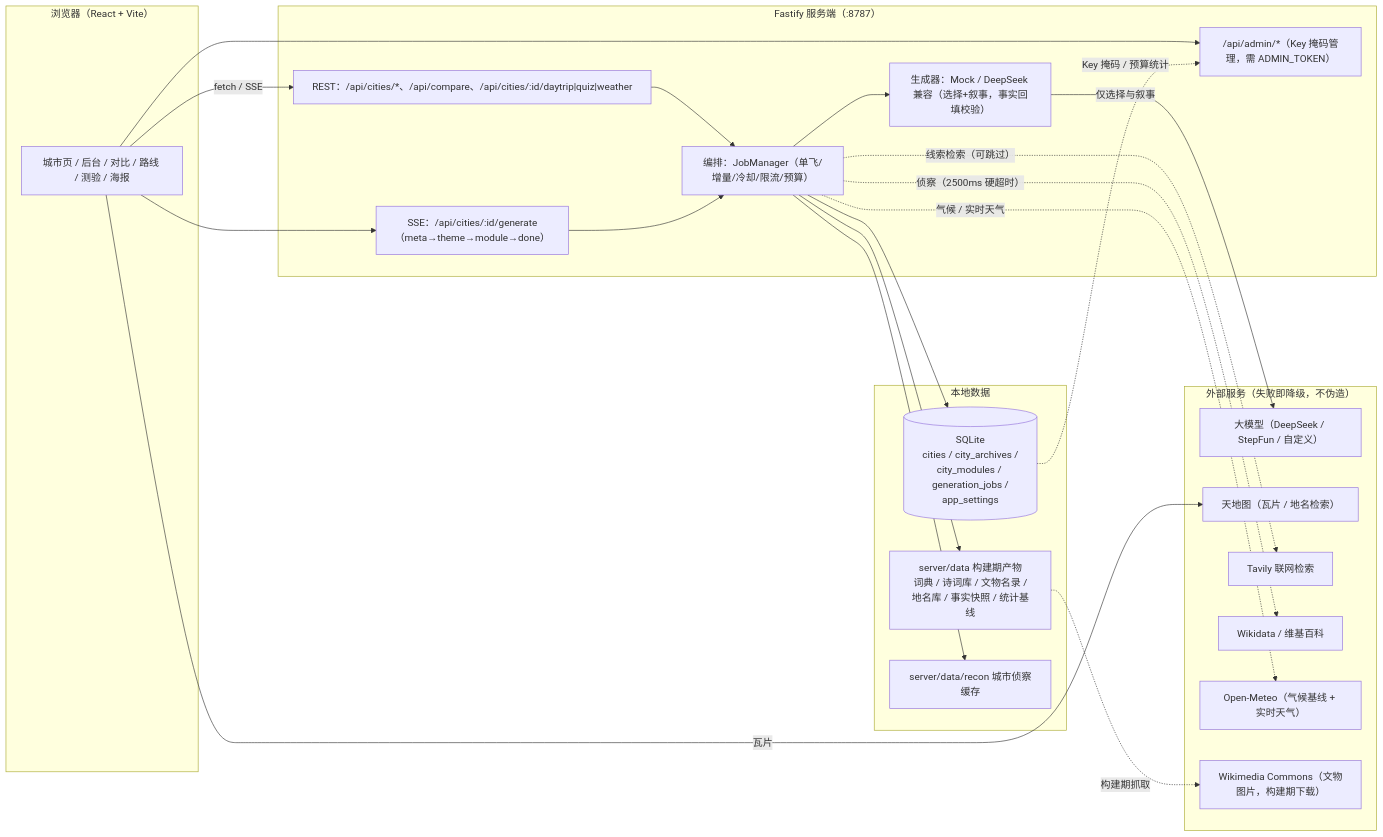
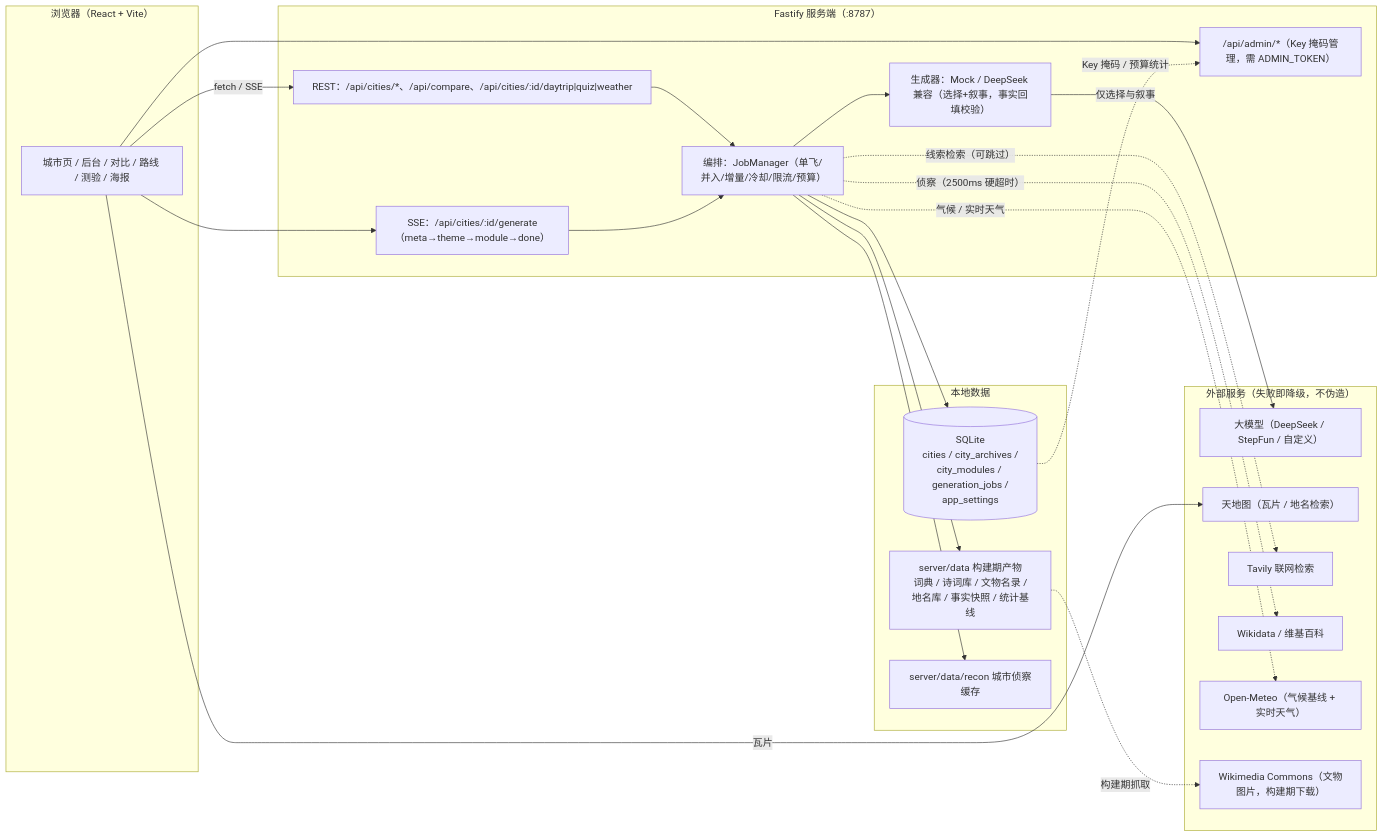
Before and after one commit to Favio8/CityLens: the diagram in README.md, drawn with Mermaid. The commit also changed other lines of this file, not shown here.

````diff
--- a/README.md
+++ b/README.md
@@ -17,46 +35,46 @@
 ```mermaid
 flowchart LR
     subgraph Browser["浏览器（React + Vite）"]
         UI["城市页 / 后台 / 对比 / 路线 / 测验 / 海报"]
     end
 
     subgraph Server["Fastify 服务端（:8787）"]
         API["REST：/api/cities/*、/api/compare、/api/cities/:id/daytrip|quiz|weather"]
         SSE["SSE：/api/cities/:id/generate（meta→theme→module→done）"]
         ADMIN["/api/admin/*（Key 掩码管理，需 ADMIN_TOKEN）"]
-        GEN["编排：JobManager（单飞/增量/冷却/限流/预算）"]
+        GEN["编排：JobManager（单飞/并入/增量/冷却/限流/预算）"]
         LLMG["生成器：Mock / DeepSeek 兼容（选择+叙事，事实回填校验）"]
     end
 
     subgraph Data["本地数据"]
         DB[("SQLite<br/>cities / city_archives /<br/>city_modules / generation_jobs /<br/>app_settings")]
         ART["server/data 构建期产物<br/>词典 / 诗词库 / 文物名录 /<br/>地名库 / 事实快照 / 统计基线"]
         RECON["server/data/recon 城市侦察缓存"]
     end
 
     subgraph External["外部服务（失败即降级，不伪造）"]
         LLM["大模型（DeepSeek / StepFun / 自定义）"]
         TD["天地图（瓦片 / 地名检索）"]
         TV["Tavily 联网检索"]
         WD["Wikidata / 维基百科"]
         OM["Open-Meteo（气候基线 + 实时天气）"]
         CM["Wikimedia Commons（文物图片，构建期下载）"]
     end
 
     UI -->|"fetch / SSE"| API
     UI --> SSE
     UI --> ADMIN
     API --> GEN
     SSE --> GEN
     GEN --> LLMG
     GEN --> DB
     GEN --> ART
     GEN --> RECON
     LLMG -->|"仅选择与叙事"| LLM
     GEN -.->|"侦察（2500ms 硬超时）"| WD
     GEN -.->|"线索检索（可跳过）"| TV
     UI -->|"瓦片"| TD
     GEN -.->|"气候 / 实时天气"| OM
     ART -.->|"构建期抓取"| CM
     DB -.->|"Key 掩码 / 预算统计"| ADMIN
 ```
````
